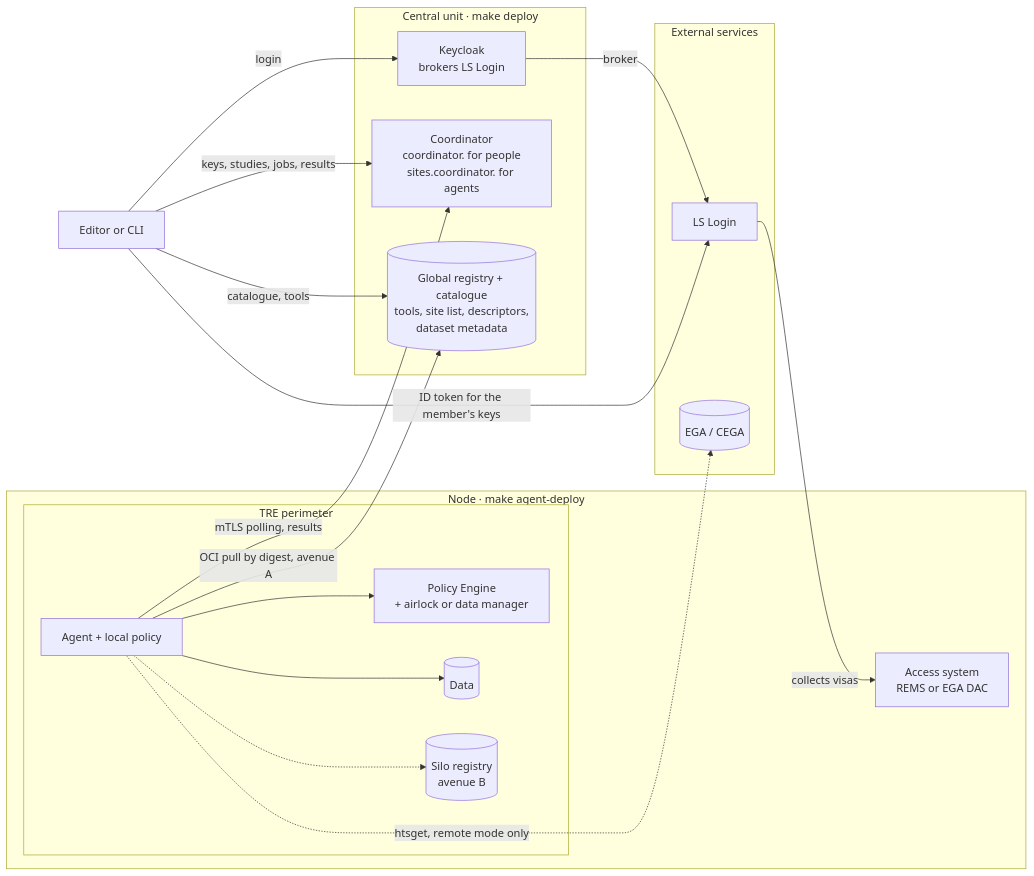
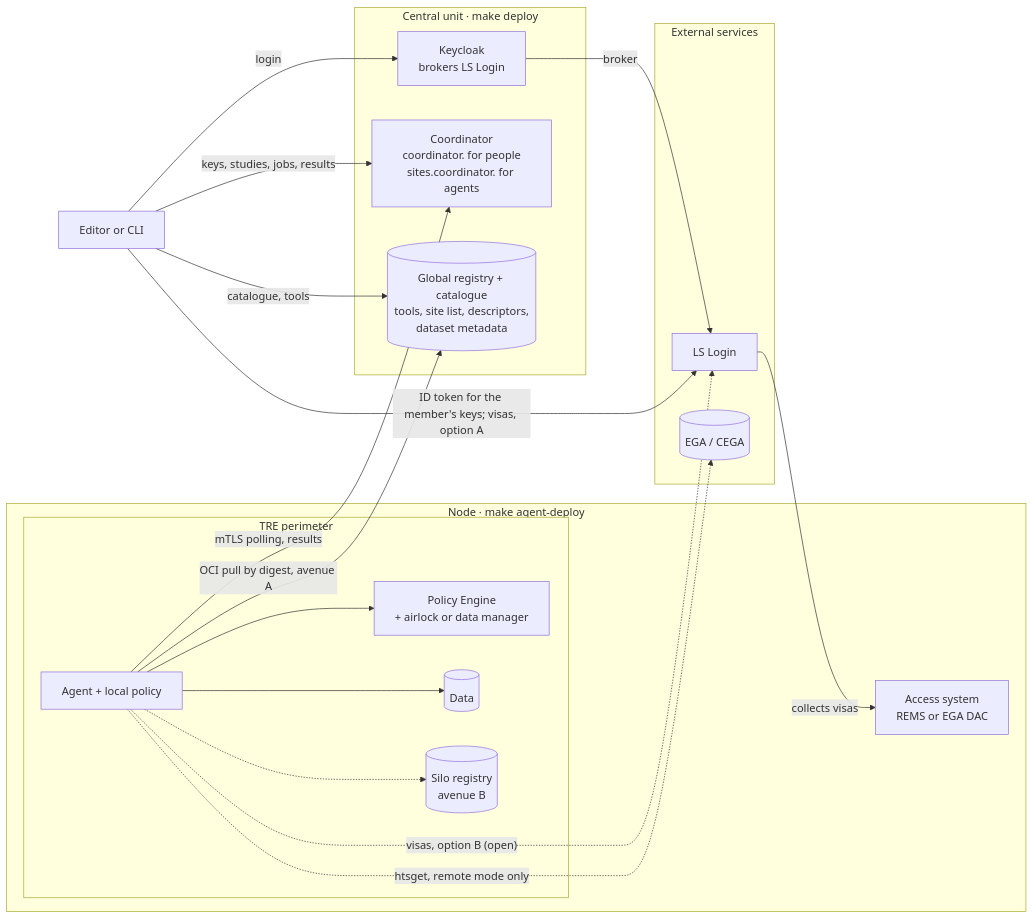
The first of 2 diagrams in docs/architecture.md (ieeta-pt/biochef-infra), drawn with Mermaid before and after one commit. The commit also changed 5 other files, not shown here.

````diff
--- a/docs/architecture.md
+++ b/docs/architecture.md
@@ -35,29 +35,30 @@
 ```mermaid
 flowchart LR
   subgraph EXT["External services"]
     LS["LS Login"]
     EGA[("EGA / CEGA")]
   end
   subgraph UNIT["Central unit · make deploy"]
     KC["Keycloak<br/>brokers LS Login"]
     COORD["Coordinator<br/>coordinator. for people<br/>sites.coordinator. for agents"]
     REG[("Global registry + catalogue<br/>tools, site list, descriptors,<br/>dataset metadata")]
   end
   ED["Editor or CLI"] -->|"login"| KC
-  ED -->|"ID token for the member's keys"| LS
+  ED -->|"ID token for the member's keys; visas, option A"| LS
   KC -->|"broker"| LS
   ED -->|"catalogue, tools"| REG
   ED -->|"keys, studies, jobs, results"| COORD
   subgraph NODE["Node · make agent-deploy"]
     ACC["Access system<br/>REMS or EGA DAC"]
     subgraph TRE["TRE perimeter"]
       AG["Agent + local policy"] --> PE["Policy Engine<br/>+ airlock or data manager"]
       AG --> DATA[("Data")]
       AG -.-> SREG[("Silo registry<br/>avenue B")]
     end
   end
   LS -->|"collects visas"| ACC
+  AG -.->|"visas, option B (open)"| LS
   AG -->|"mTLS polling, results"| COORD
   AG -->|"OCI pull by digest, avenue A"| REG
   AG -.->|"htsget, remote mode only"| EGA
 ```
````
